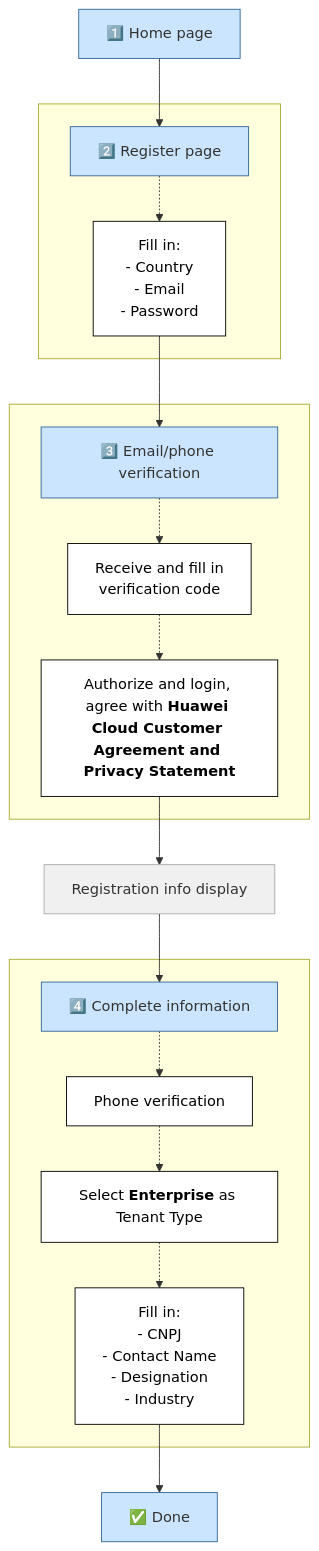
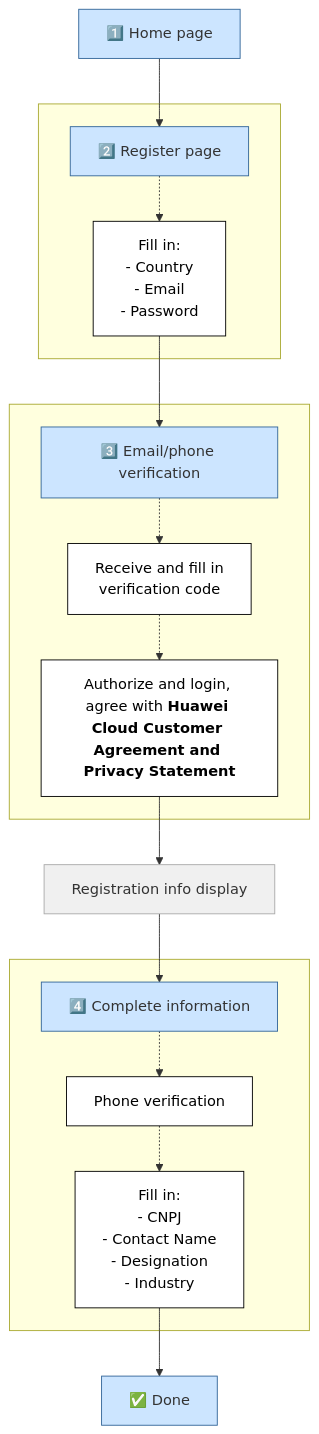
The diagram in docs/user-support/my-account/customer-registration.md (Gabriel-Chacon/huaweicloud-knowledge-base), drawn with Mermaid before and after one commit. The commit also changed other lines of this file and 1 other file, not shown here.

```diff
--- a/docs/user-support/my-account/customer-registration.md
+++ b/docs/user-support/my-account/customer-registration.md
@@ -27,35 +30,34 @@
 <pre class="mermaid">
 flowchart TD
     %% Main Flow
     A["1️⃣ Home page"] --> B["2️⃣ Register page"]
 
     subgraph Z[" "]
         B -.-> B1["Fill in:<br>- Country<br>- Email<br>- Password"]
     end
 
     subgraph ZA[" "]
         B1 --> C["3️⃣ Email/phone verification"]
         C -.-> C1["Receive and fill in<br>verification code"]
         C1 -.-> C2["Authorize and login, agree with <b>Huawei Cloud Customer Agreement and Privacy Statement</b>"]
     end
 
     C2 --> D["Registration info display"]
     D --> E["4️⃣ Complete information"]
 
     subgraph ZB[" "]
         E -.-> E1["Phone verification"]
-        E1 -.-> E2["Select <b>Enterprise</b> as Tenant Type"]
-        E2 -.-> E3["Fill in:<br>- CNPJ<br>- Contact Name<br>- Designation<br>- Industry"]
+        E1 -.-> E3["Fill in:<br>- CNPJ<br>- Contact Name<br>- Designation<br>- Industry"]
     end
 
     E3 --> F["✅ Done"]
 
     classDef main fill:#cce5ff,stroke:#336699,stroke-width:1px;
     classDef gray fill:#f0f0f0,stroke:#aaa;
     classDef red fill:#fff,stroke:#000,color:#a00,font-weight:bold;
     classDef white fill:#fff,stroke:#000,color:#000;
 
     class A,B,C,E,F main;
     class D gray;
-    class B1,C1,C2,E1,E2,E3 white;
+    class B1,C1,C2,E1,E3 white;
 </pre>
```
